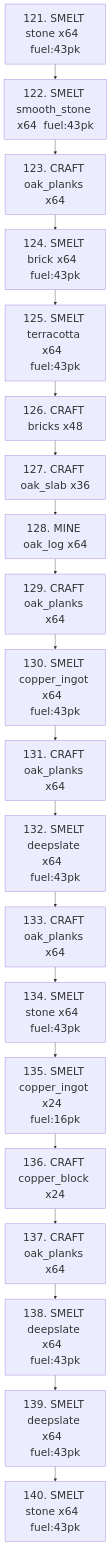
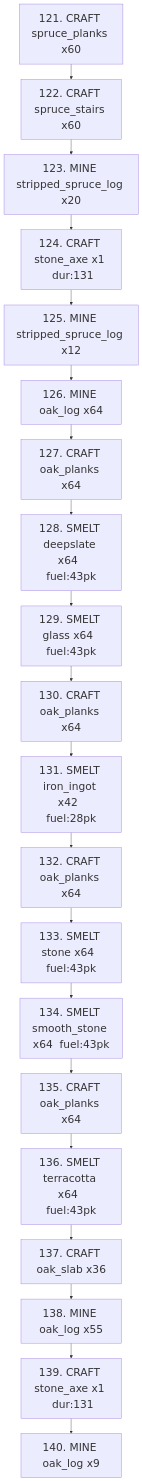
The diagram in debug_utitlities/queue_batch_07.mmd (sdace9719/minecraft-planner), drawn with Mermaid before and after one commit. The commit also changed 23 other files, not shown here.

```diff
--- a/debug_utitlities/queue_batch_07.mmd
+++ b/debug_utitlities/queue_batch_07.mmd
@@ -1,44 +1,44 @@
 %%{init: {'flowchart': {'nodeSpacing': 10, 'rankSpacing': 40, 'padding': 16}, 'themeVariables': {'fontSize': '28px'}} }%%
 flowchart TD
     %% Phase 5 Execution Queue — tasks 121–140
 
-    n1["121. SMELT stone x64  fuel:43pk"]
-    n2["122. SMELT smooth_stone x64  fuel:43pk"]
-    n3["123. CRAFT oak_planks x64"]
-    n4["124. SMELT brick x64  fuel:43pk"]
-    n5["125. SMELT terracotta x64  fuel:43pk"]
-    n6["126. CRAFT bricks x48"]
-    n7["127. CRAFT oak_slab x36"]
-    n8["128. MINE oak_log x64"]
-    n9["129. CRAFT oak_planks x64"]
-    n10["130. SMELT copper_ingot x64  fuel:43pk"]
-    n11["131. CRAFT oak_planks x64"]
-    n12["132. SMELT deepslate x64  fuel:43pk"]
-    n13["133. CRAFT oak_planks x64"]
-    n14["134. SMELT stone x64  fuel:43pk"]
-    n15["135. SMELT copper_ingot x24  fuel:16pk"]
-    n16["136. CRAFT copper_block x24"]
-    n17["137. CRAFT oak_planks x64"]
-    n18["138. SMELT deepslate x64  fuel:43pk"]
-    n19["139. SMELT deepslate x64  fuel:43pk"]
-    n20["140. SMELT stone x64  fuel:43pk"]
+    n1["121. CRAFT spruce_planks x60"]
+    n2["122. CRAFT spruce_stairs x60"]
+    n3["123. MINE stripped_spruce_log x20"]
+    n4["124. CRAFT stone_axe x1  dur:131"]
+    n5["125. MINE stripped_spruce_log x12"]
+    n6["126. MINE oak_log x64"]
+    n7["127. CRAFT oak_planks x64"]
+    n8["128. SMELT deepslate x64  fuel:43pk"]
+    n9["129. SMELT glass x64  fuel:43pk"]
+    n10["130. CRAFT oak_planks x64"]
+    n11["131. SMELT iron_ingot x42  fuel:28pk"]
+    n12["132. CRAFT oak_planks x64"]
+    n13["133. SMELT stone x64  fuel:43pk"]
+    n14["134. SMELT smooth_stone x64  fuel:43pk"]
+    n15["135. CRAFT oak_planks x64"]
+    n16["136. SMELT terracotta x64  fuel:43pk"]
+    n17["137. CRAFT oak_slab x36"]
+    n18["138. MINE oak_log x55"]
+    n19["139. CRAFT stone_axe x1  dur:131"]
+    n20["140. MINE oak_log x9"]
 
     n1 --> n2
     n2 --> n3
     n3 --> n4
     n4 --> n5
     n5 --> n6
     n6 --> n7
     n7 --> n8
     n8 --> n9
     n9 --> n10
     n10 --> n11
     n11 --> n12
     n12 --> n13
     n13 --> n14
     n14 --> n15
     n15 --> n16
     n16 --> n17
     n17 --> n18
     n18 --> n19
     n19 --> n20
```
